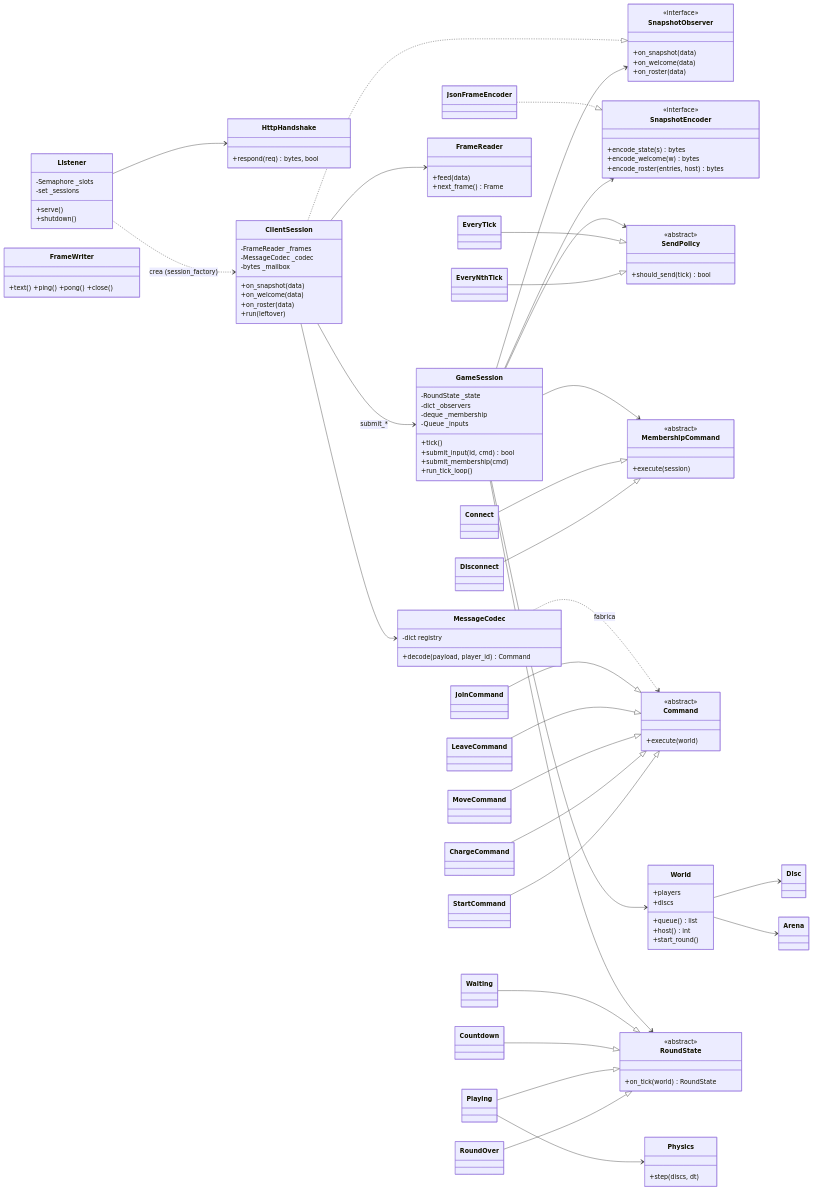
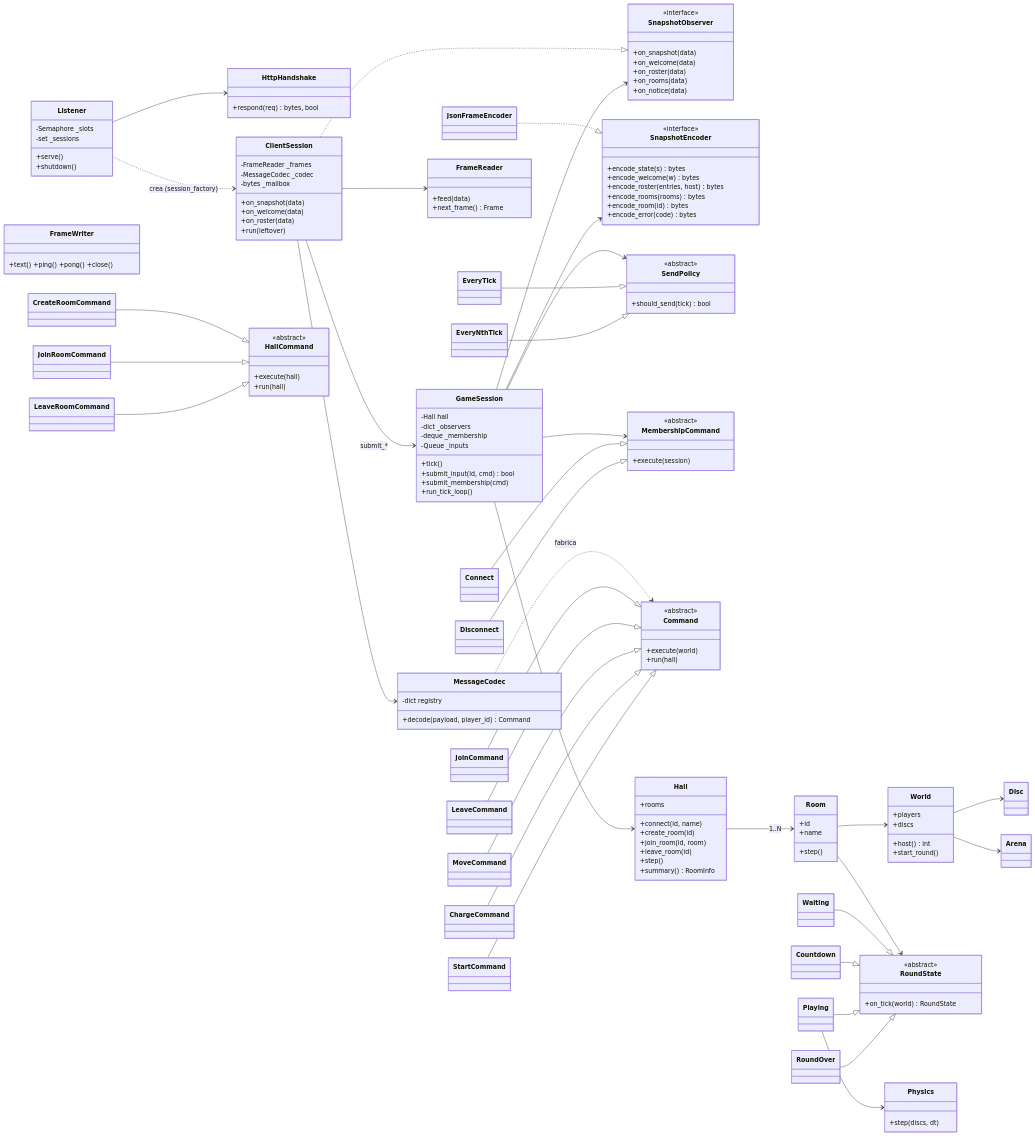
One commit to Maxigiraldo/StreetPunch changed the second of 2 diagrams in docs/arquitectura.md. Above: the diagram before and after it, drawn with Mermaid. The commit also changed other lines of this file and 4 other files, not shown here.

```diff
--- a/docs/arquitectura.md
+++ b/docs/arquitectura.md
@@ -81,12 +87,17 @@
         +on_snapshot(data)
         +on_welcome(data)
         +on_roster(data)
+        +on_rooms(data)
+        +on_notice(data)
     }
     class SnapshotEncoder {
         <<interface>>
         +encode_state(s) bytes
         +encode_welcome(w) bytes
         +encode_roster(entries, host) bytes
+        +encode_rooms(rooms) bytes
+        +encode_room(id) bytes
+        +encode_error(code) bytes
     }
     class JsonFrameEncoder
     class MessageCodec {
@@ -102,7 +113,7 @@
     }
 
     class GameSession {
-        -RoundState _state
+        -Hall hall
         -dict _observers
         -deque _membership
         -Queue _inputs
@@ -127,17 +138,39 @@
     class Command {
         <<abstract>>
         +execute(world)
+        +run(hall)
+    }
+    class HallCommand {
+        <<abstract>>
+        +execute(hall)
+        +run(hall)
     }
     class JoinCommand
     class LeaveCommand
     class MoveCommand
     class ChargeCommand
     class StartCommand
+    class CreateRoomCommand
+    class JoinRoomCommand
+    class LeaveRoomCommand
 
+    class Hall {
+        +rooms
+        +connect(id, name)
+        +create_room(id)
+        +join_room(id, room)
+        +leave_room(id)
+        +step()
+        +summary() RoomInfo
+    }
+    class Room {
+        +id
+        +name
+        +step()
+    }
     class World {
         +players
         +discs
-        +queue() list
         +host() int
         +start_round()
     }
@@ -167,9 +200,11 @@
     GameSession --> SnapshotObserver
     GameSession --> SnapshotEncoder
     GameSession --> SendPolicy
-    GameSession --> RoundState
-    GameSession --> World
+    GameSession --> Hall
     GameSession --> MembershipCommand
+    Hall --> Room : 1..N
+    Room --> World
+    Room --> RoundState
     EveryTick --|> SendPolicy
     EveryNthTick --|> SendPolicy
     Connect --|> MembershipCommand
@@ -180,6 +215,9 @@
     MoveCommand --|> Command
     ChargeCommand --|> Command
     StartCommand --|> Command
+    CreateRoomCommand --|> HallCommand
+    JoinRoomCommand --|> HallCommand
+    LeaveRoomCommand --|> HallCommand
     Waiting --|> RoundState
     Countdown --|> RoundState
     Playing --|> RoundState
```
